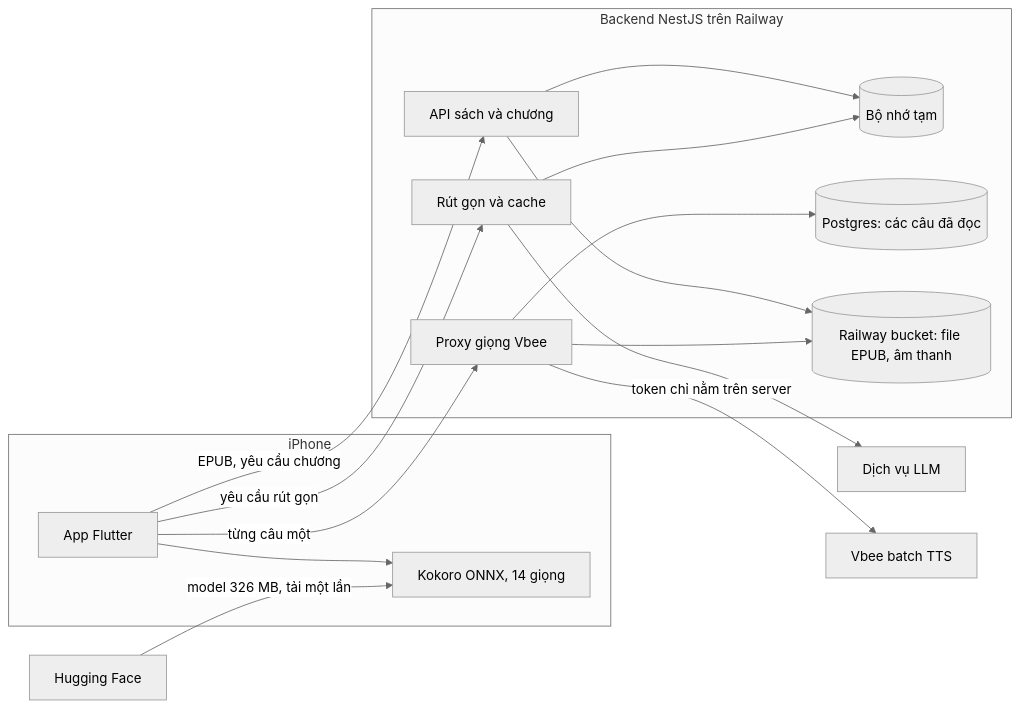
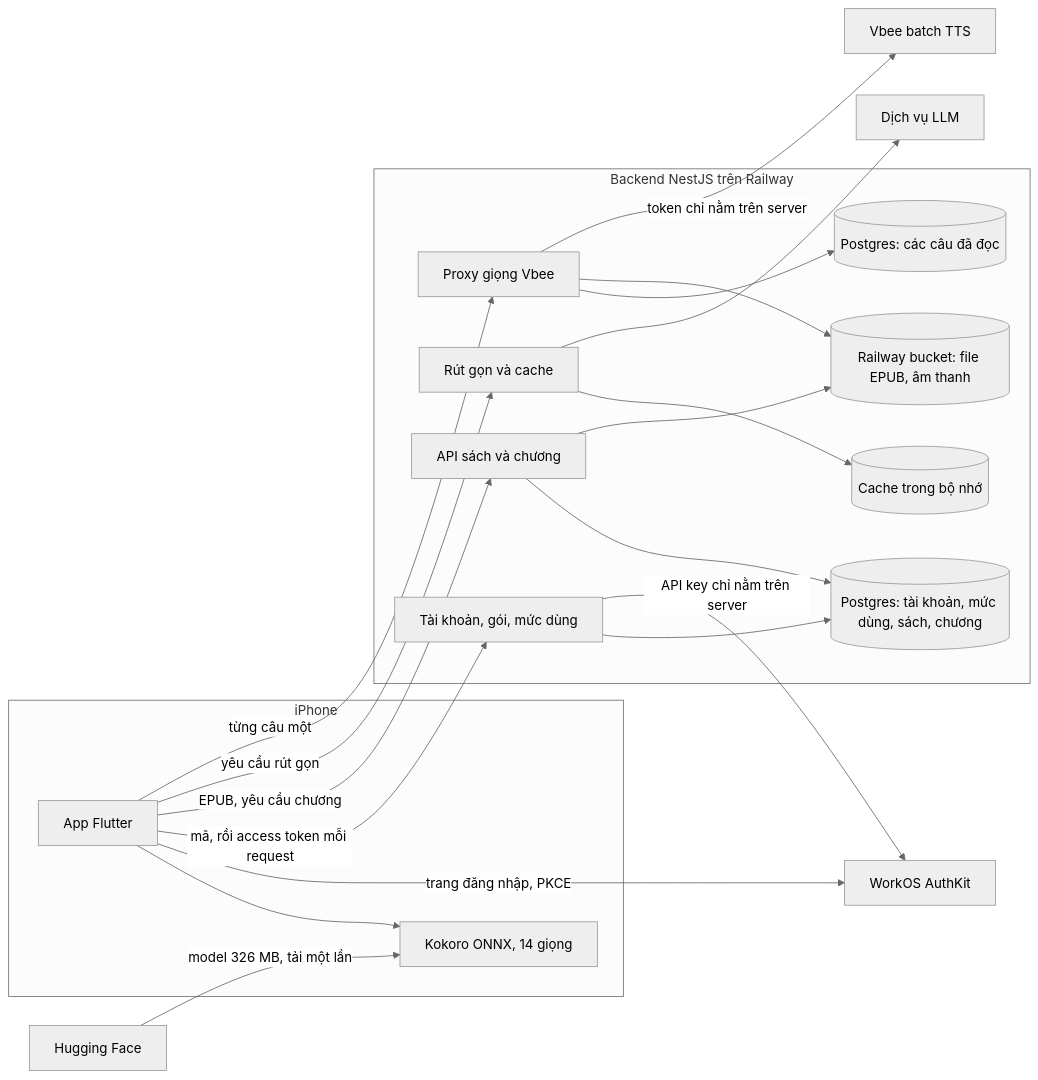
The second of 2 diagrams in README.vi.md (tinwritescode/ereader-ai), drawn with Mermaid (neutral theme) before and after one commit. The commit also changed other lines of this file and 36 other files, not shown here.

````diff
--- a/README.vi.md
+++ b/README.vi.md
@@ -59,33 +71,40 @@
 ```mermaid
 flowchart LR
     subgraph phone["iPhone"]
         ui["App Flutter"]
         tts["Kokoro ONNX, 14 giọng"]
         ui --> tts
     end
 
     subgraph server["Backend NestJS trên Railway"]
         api["API sách và chương"]
         digest["Rút gọn và cache"]
         speech["Proxy giọng Vbee"]
-        memory[("Bộ nhớ tạm")]
-        api --> memory
+        accounts["Tài khoản, gói, mức dùng"]
+        memory[("Cache trong bộ nhớ")]
+        db[("Postgres: tài khoản, mức dùng, sách, chương")]
         digest --> memory
+        api --> db
+        accounts --> db
         clips[("Postgres: các câu đã đọc")]
         bucket[("Railway bucket: file EPUB, âm thanh")]
         api --> bucket
         speech --> clips
         speech --> bucket
     end
 
     llm["Dịch vụ LLM"]
     hf["Hugging Face"]
     vbee["Vbee batch TTS"]
+    workos["WorkOS AuthKit"]
 
+    ui -- "trang đăng nhập, PKCE" --> workos
+    ui -- "mã, rồi access token mỗi request" --> accounts
+    accounts -- "API key chỉ nằm trên server" --> workos
     ui -- "EPUB, yêu cầu chương" --> api
     ui -- "yêu cầu rút gọn" --> digest
     digest --> llm
     hf -- "model 326 MB, tải một lần" --> tts
     ui -- "từng câu một" --> speech
     speech -- "token chỉ nằm trên server" --> vbee
 ```
````
